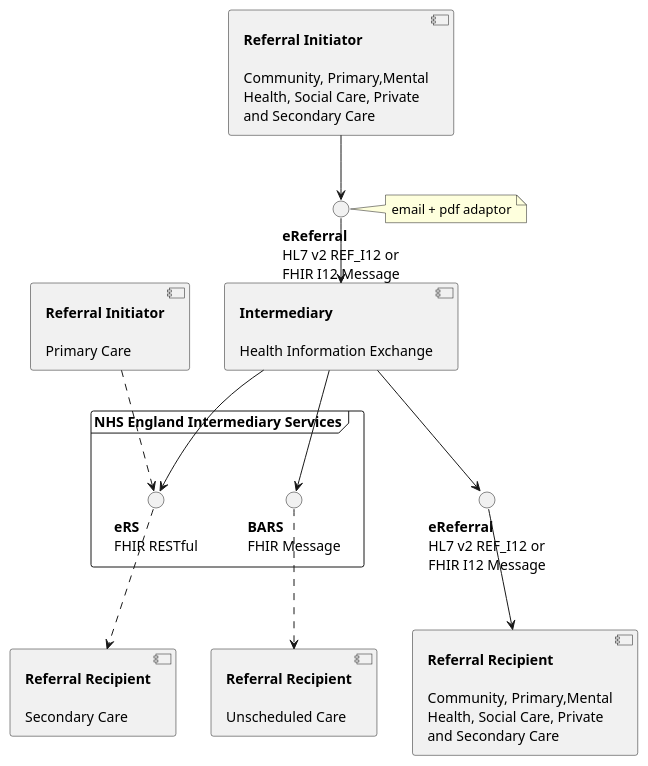
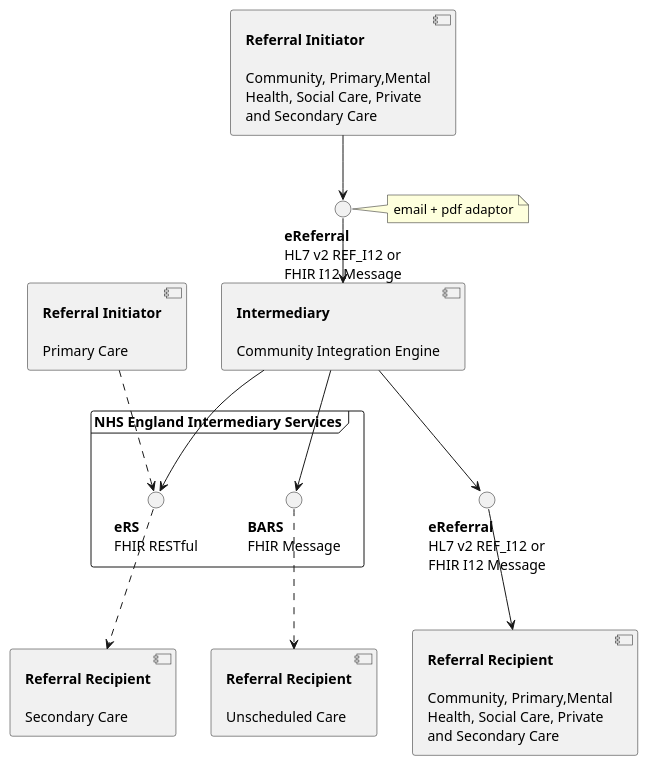
The diagram in input/images-source/eReferral-component.plantuml (Virtually-Healthcare/virtually-healthcare.github.com), drawn with PlantUML before and after one commit. The commit also changed 2 other files, not shown here.

```diff
--- a/input/images-source/eReferral-component.plantuml
+++ b/input/images-source/eReferral-component.plantuml
@@ -1,41 +1,41 @@
 @startuml
 
 component "**Referral Recipient**\n\nCommunity, Primary,Mental\nHealth, Social Care, Private\nand Secondary Care" as LIMS
 
 component "**Referral Recipient**\n\nSecondary Care" as secondary
 
 component "**Referral Recipient**\n\nUnscheduled Care" as UEC
 
-component "**Intermediary**\n\nHealth Information Exchange" as TIE
+component "**Intermediary**\n\nCommunity Integration Engine" as TIE
 
 component "**Referral Initiator**\n\nPrimary Care" as gp
 component "**Referral Initiator**\n\nCommunity, Primary,Mental\nHealth, Social Care, Private\nand Secondary Care" as userOther
 
 interface "**eReferral**\nHL7 v2 REF_I12 or\nFHIR I12 Message" as HL7_I12
 interface "**eReferral**\nHL7 v2 REF_I12 or\nFHIR I12 Message" as HL7_I122
 
 frame "NHS England Intermediary Services" as service {
   interface "**eRS**\nFHIR RESTful" as eRS
   interface "**BARS**\nFHIR Message" as BARS
 }
 
 userOther -d-> HL7_I12
 HL7_I12 -d-> TIE
 
 gp .d.> eRS
 
 TIE -d-> HL7_I122
 HL7_I122 -d-> LIMS
 
 TIE -d-> eRS
 eRS .d.> secondary
 
 TIE -d-> BARS
 BARS .d.> UEC
 
 note right of HL7_I12
 email + pdf adaptor
 end note
 
 
 @enduml
```
